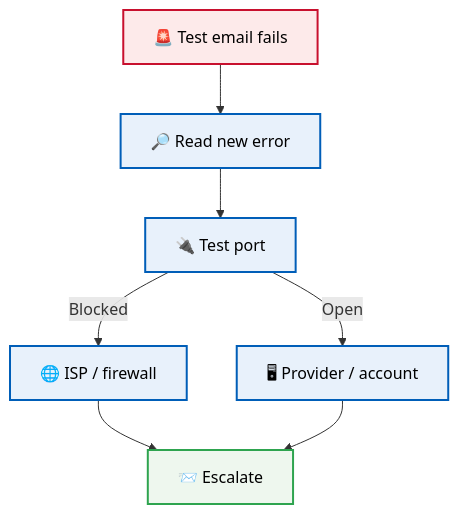
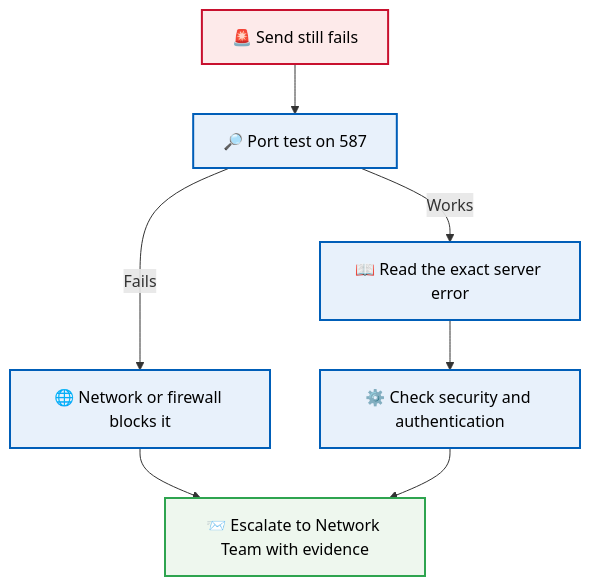
Before and after one commit to malaika-azhar/Customer-Tech-Support-Portfolio: the third of 5 diagrams in 01-Video-knowledge-base/01.2-Email-Sending-Failure.md, drawn with Mermaid. The commit also changed other lines of this file, not shown here.

````diff
--- a/01-Video-knowledge-base/01.2-Email-Sending-Failure.md
+++ b/01-Video-knowledge-base/01.2-Email-Sending-Failure.md
@@ -265,13 +323,13 @@
 ```mermaid
 flowchart TD
-    A["🚨 Test email fails"]:::alert --> B["🔎 Read new error"]:::work
-    B --> C["🔌 Test port"]:::work
-    C -->|Blocked| D["🌐 ISP / firewall"]:::work
-    C -->|Open| E["🖥 Provider / account"]:::work
-    D --> F["📨 Escalate"]:::done
+    A["🚨 Send still fails"]:::alert --> B["🔎 Port test on 587"]:::work
+    B -->|Fails| C["🌐 Network or firewall blocks it"]:::work
+    B -->|Works| D["📖 Read the exact server error"]:::work
+    D --> E["⚙️ Check security and authentication"]:::work
+    C --> F["📨 Escalate to Network Team with evidence"]:::done
     E --> F
 
     classDef alert fill:#fdeaea,stroke:#C8102E,stroke-width:2px,color:#000
     classDef work fill:#e8f1fb,stroke:#005EB8,stroke-width:2px,color:#000
     classDef done fill:#eef7ee,stroke:#2ea44f,stroke-width:2px,color:#000
 ```
````
